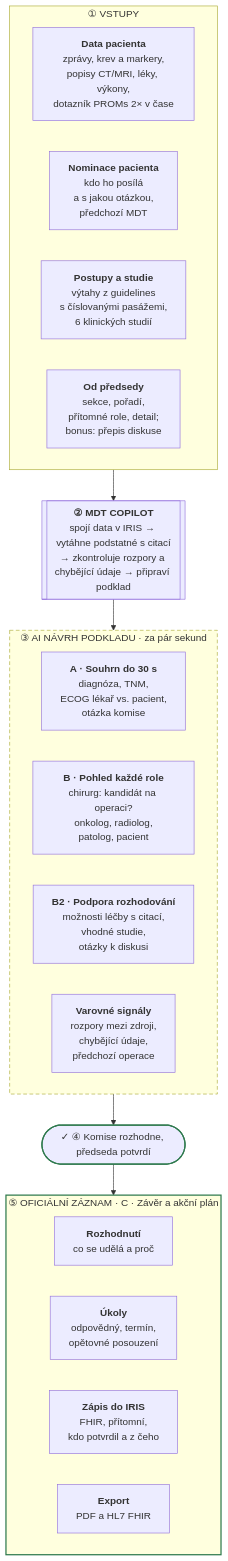
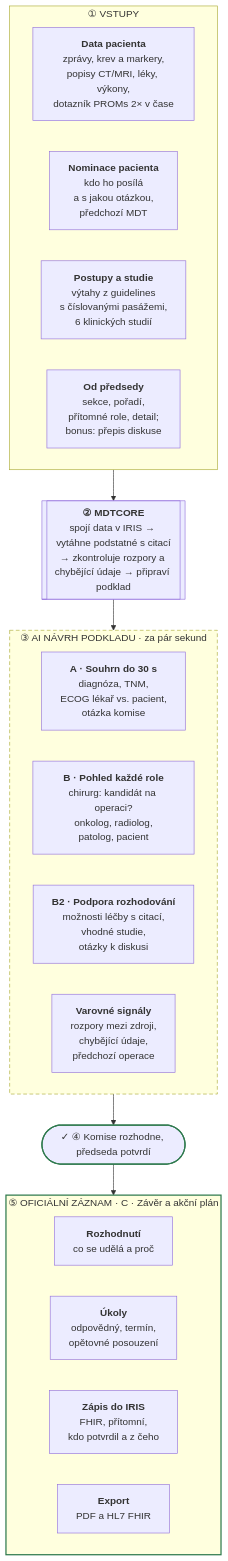
Before and after one commit to Plokar/Rakhaton2026: the first of 2 diagrams in MYSLENKOVA_MAPA.md, drawn with Mermaid. The commit also changed other lines of this file and 71 other files, not shown here.

````diff
--- a/MYSLENKOVA_MAPA.md
+++ b/MYSLENKOVA_MAPA.md
@@ -15,36 +15,36 @@
 ```mermaid
 flowchart TB
   subgraph VSTUPY["① VSTUPY"]
     direction LR
     I1["<b>Data pacienta</b><br/>zprávy, krev a markery,<br/>popisy CT/MRI, léky, výkony,<br/>dotazník PROMs 2× v čase"]
     I2["<b>Nominace pacienta</b><br/>kdo ho posílá<br/>a s jakou otázkou,<br/>předchozí MDT"]
     I3["<b>Postupy a studie</b><br/>výtahy z guidelines<br/>s číslovanými pasážemi,<br/>6 klinických studií"]
     I4["<b>Od předsedy</b><br/>sekce, pořadí,<br/>přítomné role, detail;<br/>bonus: přepis diskuse"]
   end
 
-  CP[["<b>② MDT COPILOT</b><br/>spojí data v IRIS → vytáhne podstatné s citací<br/>→ zkontroluje rozpory a chybějící údaje → připraví podklad"]]
+  CP[["<b>② MDTCORE</b><br/>spojí data v IRIS → vytáhne podstatné s citací<br/>→ zkontroluje rozpory a chybějící údaje → připraví podklad"]]
 
   subgraph NAVRH["③ AI NÁVRH PODKLADU · za pár sekund"]
     direction LR
     A["<b>A · Souhrn do 30 s</b><br/>diagnóza, TNM,<br/>ECOG lékař vs. pacient,<br/>otázka komise"]
     B["<b>B · Pohled každé role</b><br/>chirurg: kandidát na operaci?<br/>onkolog, radiolog,<br/>patolog, pacient"]
     B2["<b>B2 · Podpora rozhodování</b><br/>možnosti léčby s citací,<br/>vhodné studie,<br/>otázky k diskusi"]
     RF["<b>Varovné signály</b><br/>rozpory mezi zdroji,<br/>chybějící údaje,<br/>předchozí operace"]
   end
 
   GATE(["✓ ④ Komise rozhodne, předseda potvrdí"])
 
   subgraph ZAZNAM["⑤ OFICIÁLNÍ ZÁZNAM · C · Závěr a akční plán"]
     direction LR
     R1["<b>Rozhodnutí</b><br/>co se udělá a proč"]
     R2["<b>Úkoly</b><br/>odpovědný, termín,<br/>opětovné posouzení"]
     R3["<b>Zápis do IRIS</b><br/>FHIR, přítomní,<br/>kdo potvrdil a z čeho"]
     R4["<b>Export</b><br/>PDF a HL7 FHIR"]
   end
 
   VSTUPY --> CP --> NAVRH --> GATE --> ZAZNAM
 
   style NAVRH stroke-dasharray: 6 4
   style GATE stroke:#2F7A4E,stroke-width:2px
   style ZAZNAM stroke:#2F7A4E,stroke-width:2px
 ```
````
